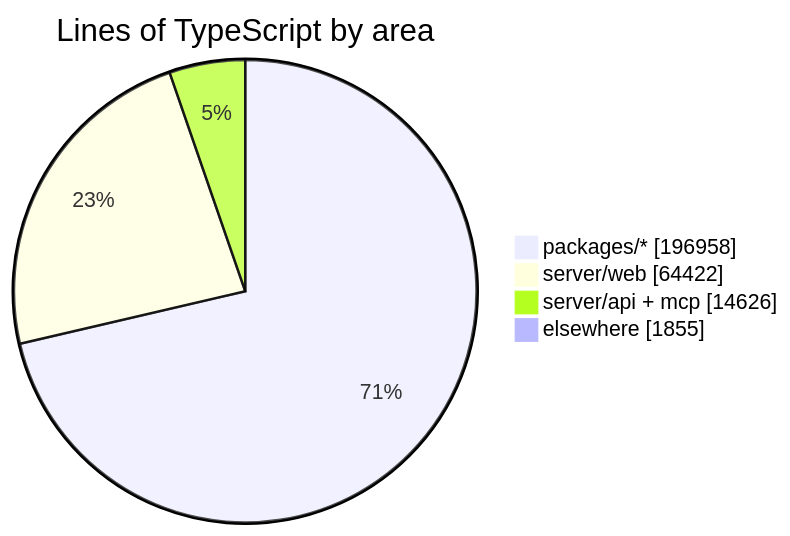
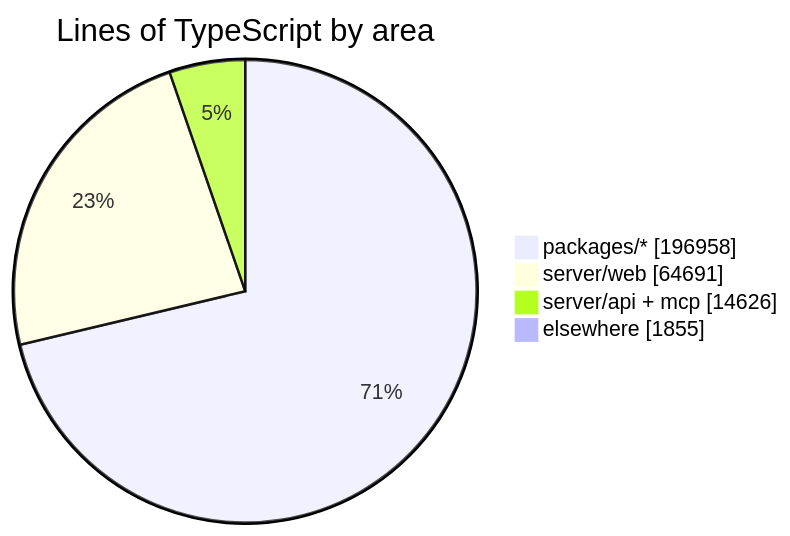
One commit to crossworks-engineering/mantle changed the diagram in README.md. Above: the diagram before and after it, drawn with Mermaid. The commit also changed other lines of this file and 2 other files, not shown here.

````diff
--- a/README.md
+++ b/README.md
@@ -287,7 +287,7 @@
 ```mermaid
 pie showData title Lines of TypeScript by area
     "packages/*" : 196958
-    "server/web" : 64422
+    "server/web" : 64691
     "server/api + mcp" : 14626
     "elsewhere" : 1855
 ```
````
